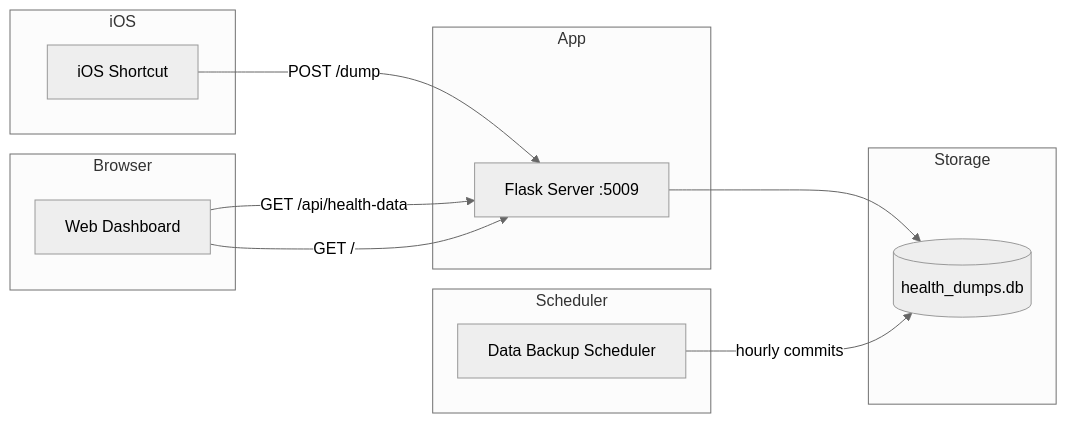
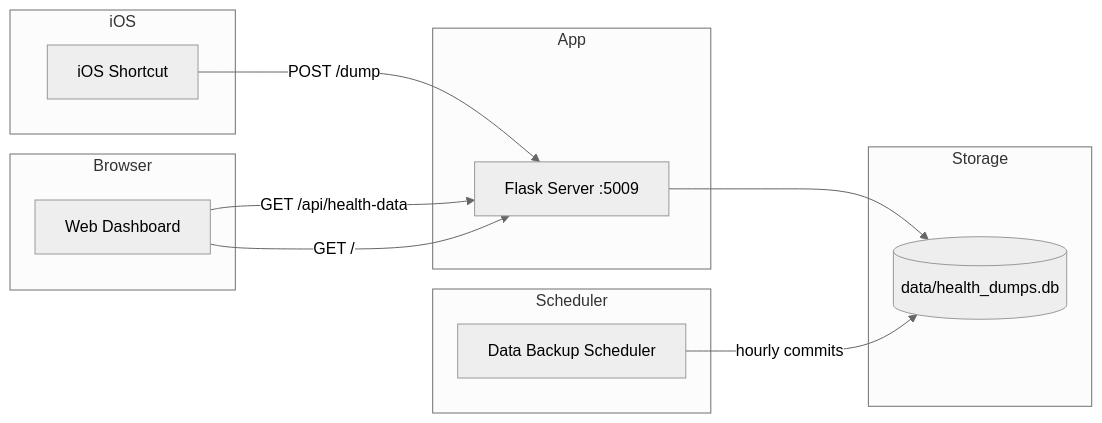
Before and after one commit to momonala/ios-health-dump: the diagram in README.md, drawn with Mermaid (neutral theme). The commit also changed other lines of this file and 13 other files, not shown here.

````diff
--- a/README.md
+++ b/README.md
@@ -18,24 +18,24 @@
 ```mermaid
 flowchart LR
     subgraph iOS
         Shortcut[iOS Shortcut]
     end
     subgraph Browser
         Dashboard[Web Dashboard]
     end
     subgraph Storage
-        DB[(health_dumps.db)]
+        DB[(data/health_dumps.db)]
     end
     subgraph App
         Flask[Flask Server :5009]
     end
     subgraph Scheduler
         Git[Data Backup Scheduler]
     end
     
     Shortcut -->|POST /dump| Flask
     Dashboard -->|GET /api/health-data| Flask
     Dashboard -->|GET /| Flask
     Flask --> DB
     Git -->|hourly commits| DB
 ```
````
